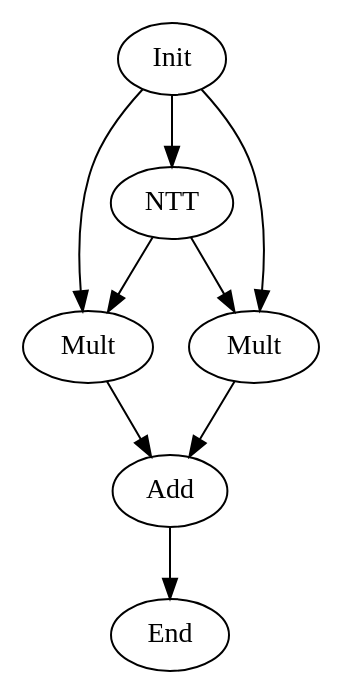
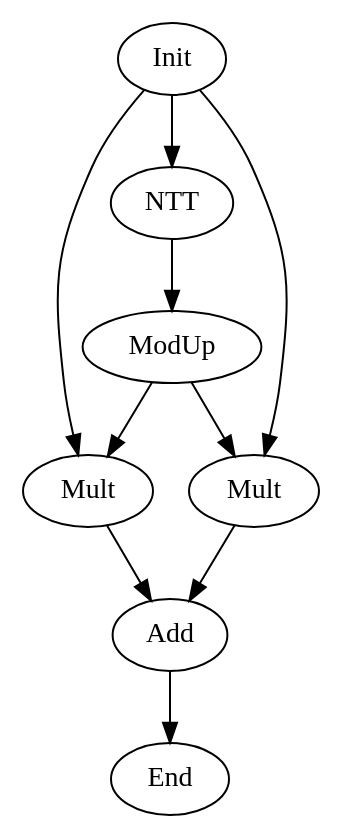
The diagram in data/graph_poly.dot (hal-lab-u-tokyo/PolyFHE), drawn with Graphviz before and after one commit. The commit also changed 3 other files, not shown here.

```diff
--- a/data/graph_poly.dot
+++ b/data/graph_poly.dot
@@ -1,16 +1,18 @@
 digraph G {
 Init[label="Init"];
 End[label="End"];
 NTT[label="NTT"];
+ModUp[label="ModUp"];
 Mult0[label="Mult"];
 Mult1[label="Mult"];
 Add[label="Add"];
 Init -> NTT;
 Init -> Mult0;
 Init -> Mult1;
-NTT -> Mult0;
-NTT -> Mult1;
+NTT -> ModUp;
+ModUp -> Mult0;
+ModUp -> Mult1;
 Mult0 -> Add;
 Mult1 -> Add;
 Add -> End;
 }
```
